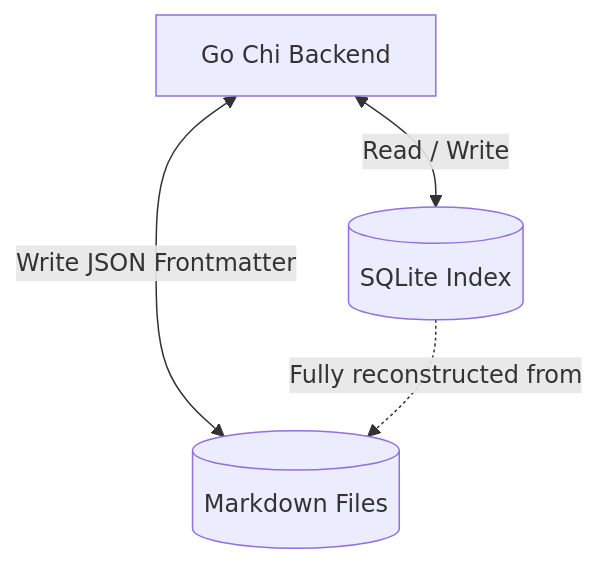
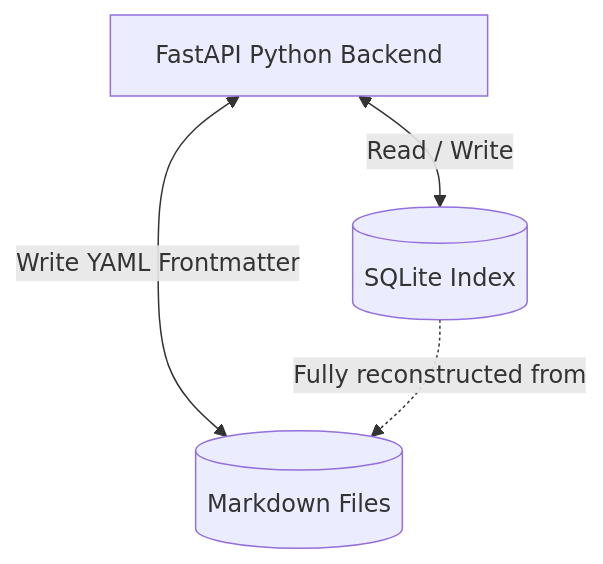
One commit to simon123h/Jotter changed the second of 4 diagrams in docs/developer/architecture.md. Above: the diagram before and after it, drawn with Mermaid. The commit also changed other lines of this file and 87 other files, not shown here.

````diff
--- a/docs/developer/architecture.md
+++ b/docs/developer/architecture.md
@@ -51,6 +51,6 @@
 ```mermaid
 flowchart TD
-    API[Go Chi Backend] <-->|Write JSON Frontmatter| Files[(Markdown Files)]
+    API[FastAPI Python Backend] <-->|Write YAML Frontmatter| Files[(Markdown Files)]
     API <-->|Read / Write| DB[(SQLite Index)]
     DB -.->|Fully reconstructed from| Files
 ```
````
